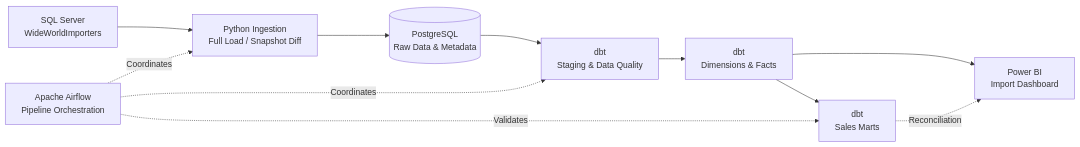
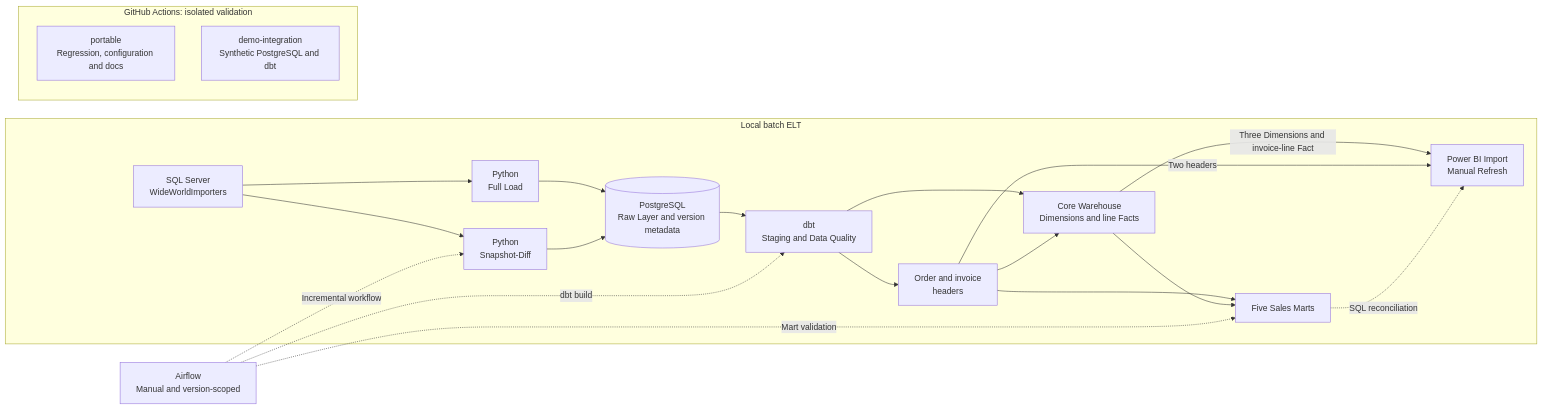
One commit to Tphuonggggg/retail-data-platform changed the diagram in README.md. Above: the diagram before and after it, drawn with Mermaid. The commit also changed other lines of this file and 3 other files, not shown here.

Commit message:
docs: finalize architecture and technical documentation

````diff
--- a/README.md
+++ b/README.md
@@ -24,13 +24,33 @@
 ```mermaid
 flowchart LR
-    A[SQL Server<br/>WideWorldImporters] --> B[Python Ingestion<br/>Full Load / Snapshot Diff]
-    B --> C[(PostgreSQL<br/>Raw Data & Metadata)]
-    C --> D[dbt<br/>Staging & Data Quality]
-    D --> E[dbt<br/>Dimensions & Facts]
-    E --> F[dbt<br/>Sales Marts]
-    E --> G[Power BI<br/>Import Dashboard]
-    F -. Reconciliation .-> G
-    H[Apache Airflow<br/>Pipeline Orchestration] -. Coordinates .-> B
-    H -. Coordinates .-> D
-    H -. Validates .-> F
+    subgraph Local["Local batch ELT"]
+        Source["SQL Server<br/>WideWorldImporters"]
+        Full["Python<br/>Full Load"]
+        Incremental["Python<br/>Snapshot-Diff"]
+        Raw[("PostgreSQL<br/>Raw Layer and version metadata")]
+        Staging["dbt<br/>Staging and Data Quality"]
+        Headers["Order and invoice<br/>headers"]
+        Core["Core Warehouse<br/>Dimensions and line Facts"]
+        Marts["Five Sales Marts"]
+        BI["Power BI Import<br/>Manual Refresh"]
+        Source --> Full --> Raw
+        Source --> Incremental --> Raw
+        Raw --> Staging
+        Staging --> Headers
+        Staging --> Core
+        Headers --> Core
+        Headers --> Marts
+        Core --> Marts
+        Core -->|Three Dimensions and invoice-line Fact| BI
+        Headers -->|Two headers| BI
+        Marts -. SQL reconciliation .-> BI
+    end
+    Airflow["Airflow<br/>Manual and version-scoped"]
+    Airflow -. Incremental workflow .-> Incremental
+    Airflow -. dbt build .-> Staging
+    Airflow -. Mart validation .-> Marts
+    subgraph CI["GitHub Actions: isolated validation"]
+        Portable["portable<br/>Regression, configuration and docs"]
+        Demo["demo-integration<br/>Synthetic PostgreSQL and dbt"]
+    end
 ```
````
